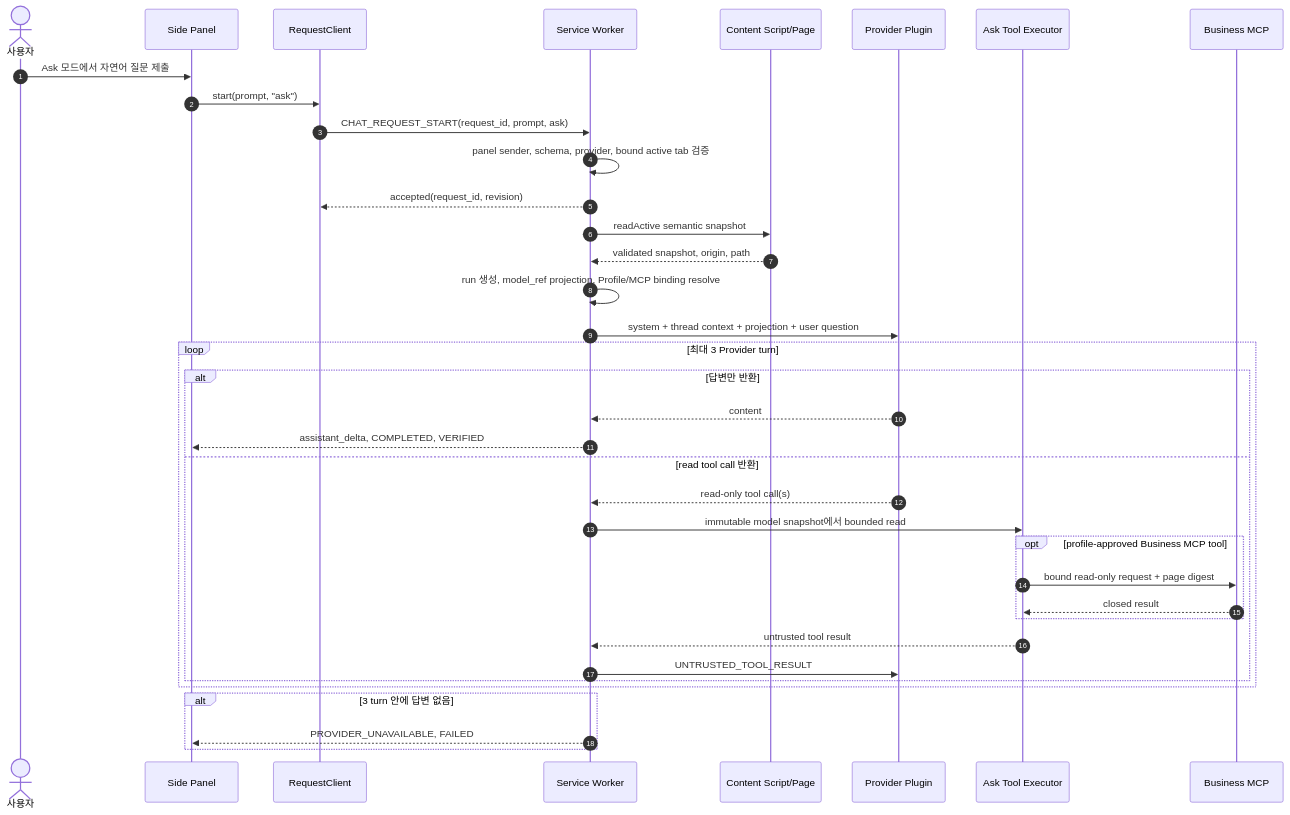
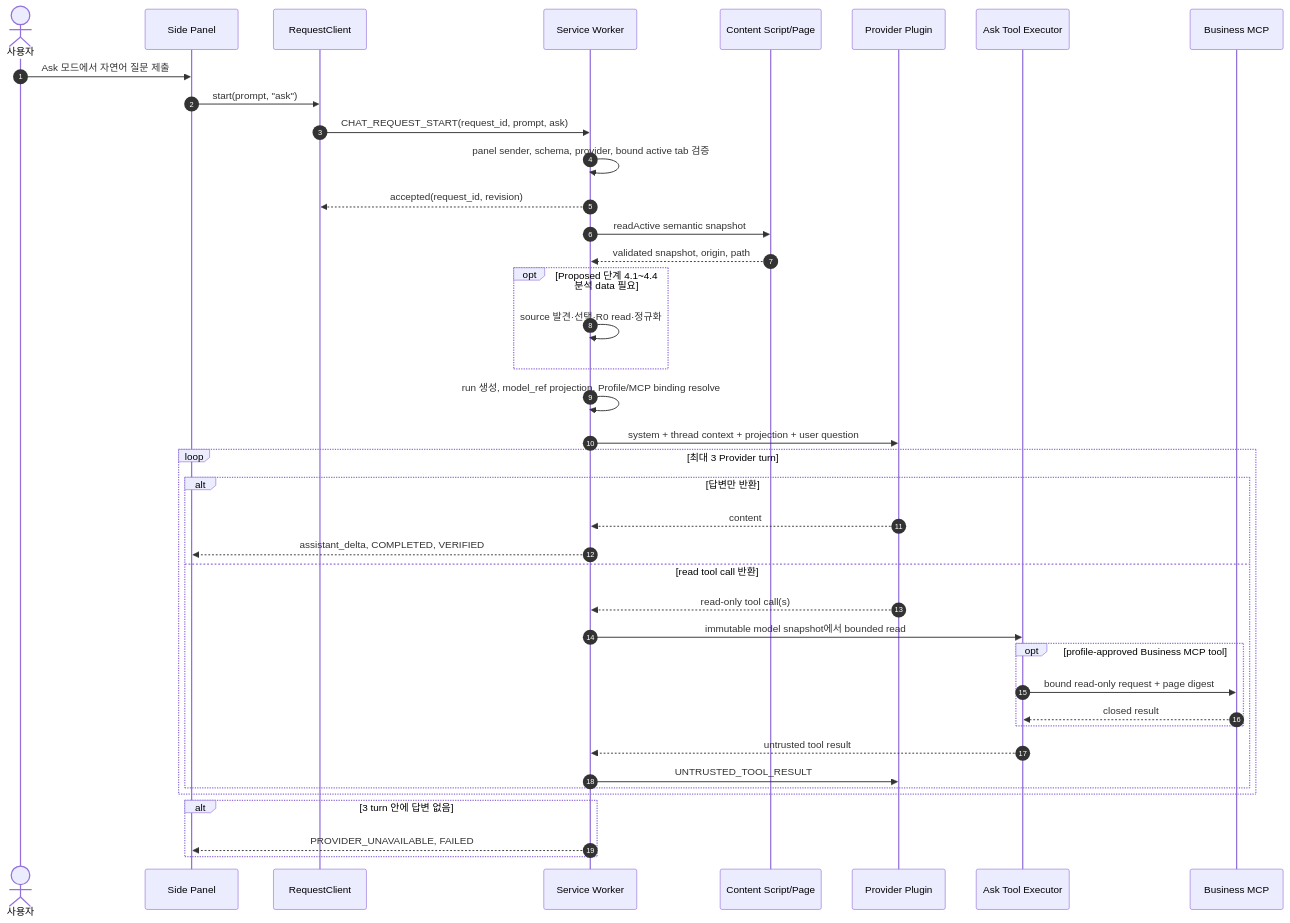
The first of 2 diagrams in docs/33-ask-request-execution-current-implementation.md (heungtae/ewap-browser), drawn with Mermaid before and after one commit. The commit also changed other lines of this file and 3 other files, not shown here.

````diff
--- a/docs/33-ask-request-execution-current-implementation.md
+++ b/docs/33-ask-request-execution-current-implementation.md
@@ -22,42 +24,45 @@
 ```mermaid
 sequenceDiagram
     autonumber
     actor User as 사용자
     participant Panel as Side Panel
     participant Client as RequestClient
     participant SW as Service Worker
     participant Page as Content Script/Page
     participant Provider as Provider Plugin
     participant Tool as Ask Tool Executor
     participant MCP as Business MCP
 
     User->>Panel: Ask 모드에서 자연어 질문 제출
     Panel->>Client: start(prompt, "ask")
     Client->>SW: CHAT_REQUEST_START(request_id, prompt, ask)
     SW->>SW: panel sender, schema, provider, bound active tab 검증
     SW-->>Client: accepted(request_id, revision)
     SW->>Page: readActive semantic snapshot
     Page-->>SW: validated snapshot, origin, path
+    opt Proposed 단계 4.1~4.4 분석 data 필요
+        SW->>SW: source 발견·선택·R0 read·정규화
+    end
     SW->>SW: run 생성, model_ref projection, Profile/MCP binding resolve
     SW->>Provider: system + thread context + projection + user question
 
     loop 최대 3 Provider turn
         alt 답변만 반환
             Provider-->>SW: content
             SW-->>Panel: assistant_delta, COMPLETED, VERIFIED
         else read tool call 반환
             Provider-->>SW: read-only tool call(s)
             SW->>Tool: immutable model snapshot에서 bounded read
             opt profile-approved Business MCP tool
                 Tool->>MCP: bound read-only request + page digest
                 MCP-->>Tool: closed result
             end
             Tool-->>SW: untrusted tool result
             SW->>Provider: UNTRUSTED_TOOL_RESULT
         end
     end
 
     alt 3 turn 안에 답변 없음
         SW-->>Panel: PROVIDER_UNAVAILABLE, FAILED
     end
 ```
````
